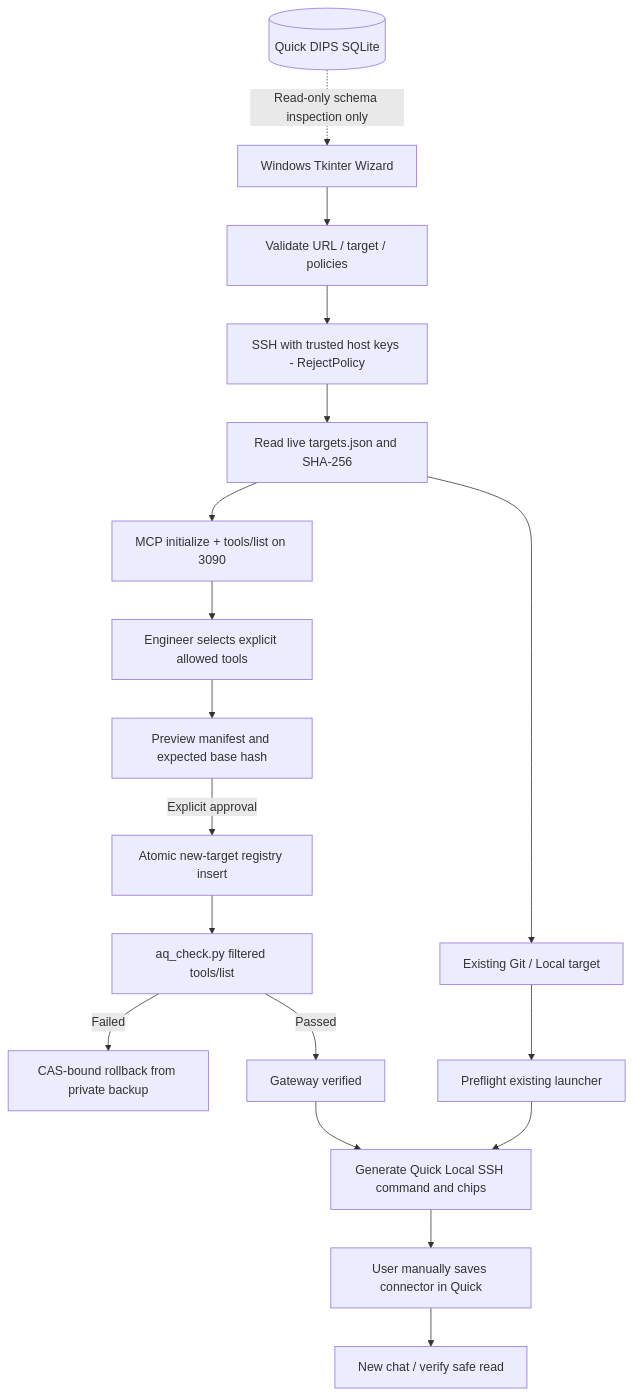
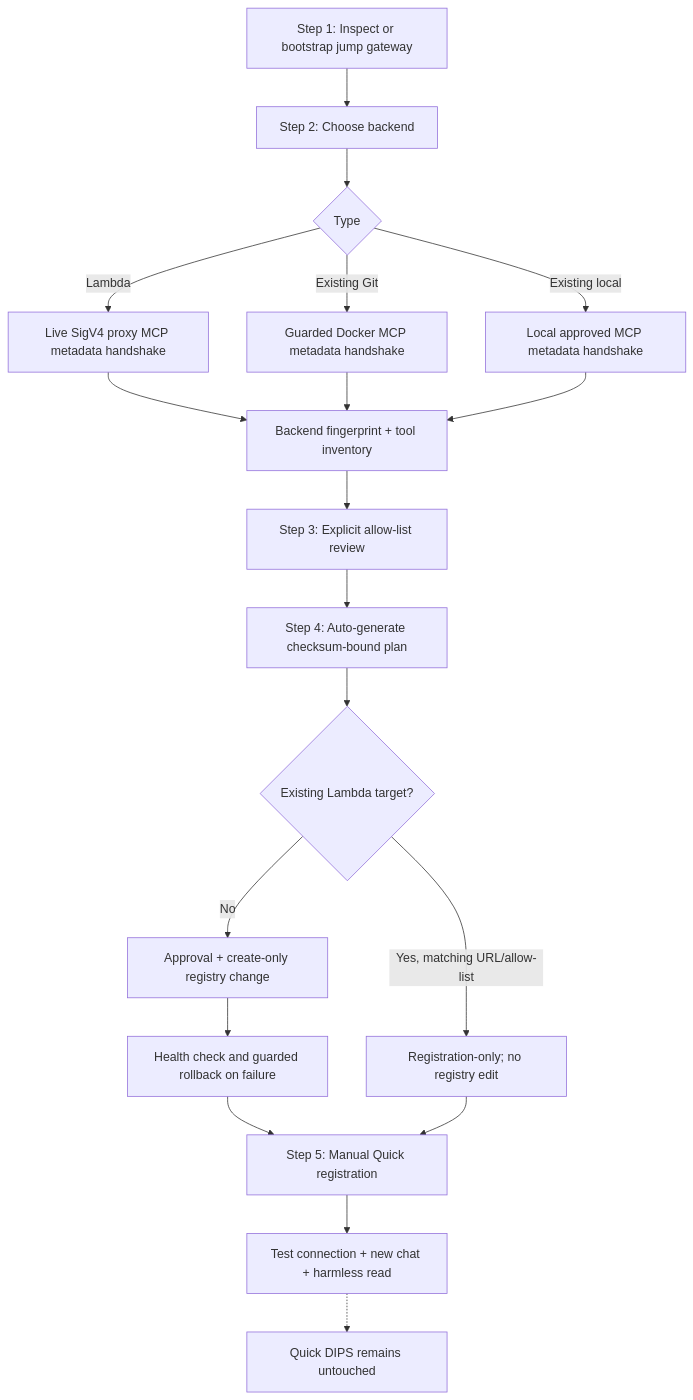
One commit to askjake/Quick-Wrapper changed the diagram in ARCHITECTURE.mmd. Above: the diagram before and after it, drawn with Mermaid. The commit also changed 26 other files, not shown here.

Commit message:
release: promote AQ-MCP Connector Wizard v0.3 with Windows venv onboarding

```diff
--- a/ARCHITECTURE.mmd
+++ b/ARCHITECTURE.mmd
@@ -1,18 +1,19 @@
 flowchart TD
-  UI[Windows Tkinter Wizard] --> V[Validate URL / target / policies]
-  V --> P[SSH with trusted host keys - RejectPolicy]
-  P --> INS[Read live targets.json and SHA-256]
-  INS --> D[MCP initialize + tools/list on 3090]
-  D --> S[Engineer selects explicit allowed tools]
-  S --> REV[Preview manifest and expected base hash]
-  REV -->|Explicit approval| APPLY[Atomic new-target registry insert]
-  APPLY --> CHECK[aq_check.py filtered tools/list]
-  CHECK -->|Failed| RB[CAS-bound rollback from private backup]
-  CHECK -->|Passed| READY[Gateway verified]
-  READY --> MANUAL[Generate Quick Local SSH command and chips]
-  MANUAL --> QUICK[User manually saves connector in Quick]
-  QUICK --> FRESH[New chat / verify safe read]
-  INS --> EXIST[Existing Git / Local target]
-  EXIST --> VALID[Preflight existing launcher]
-  VALID --> MANUAL
-  DIPS[(Quick DIPS SQLite)] -. Read-only schema inspection only .-> UI
+    A[Step 1: Inspect or bootstrap jump gateway] --> B[Step 2: Choose backend]
+    B --> C{Type}
+    C -->|Lambda| D[Live SigV4 proxy MCP metadata handshake]
+    C -->|Existing Git| E[Guarded Docker MCP metadata handshake]
+    C -->|Existing local| F[Local approved MCP metadata handshake]
+    D --> G[Backend fingerprint + tool inventory]
+    E --> G
+    F --> G
+    G --> H[Step 3: Explicit allow-list review]
+    H --> I[Step 4: Auto-generate checksum-bound plan]
+    I --> J{Existing Lambda target?}
+    J -->|Yes, matching URL/allow-list| K[Registration-only; no registry edit]
+    J -->|No| L[Approval + create-only registry change]
+    L --> M[Health check and guarded rollback on failure]
+    M --> N[Step 5: Manual Quick registration]
+    K --> N
+    N --> O[Test connection + new chat + harmless read]
+    O -.-> P[Quick DIPS remains untouched]
```
